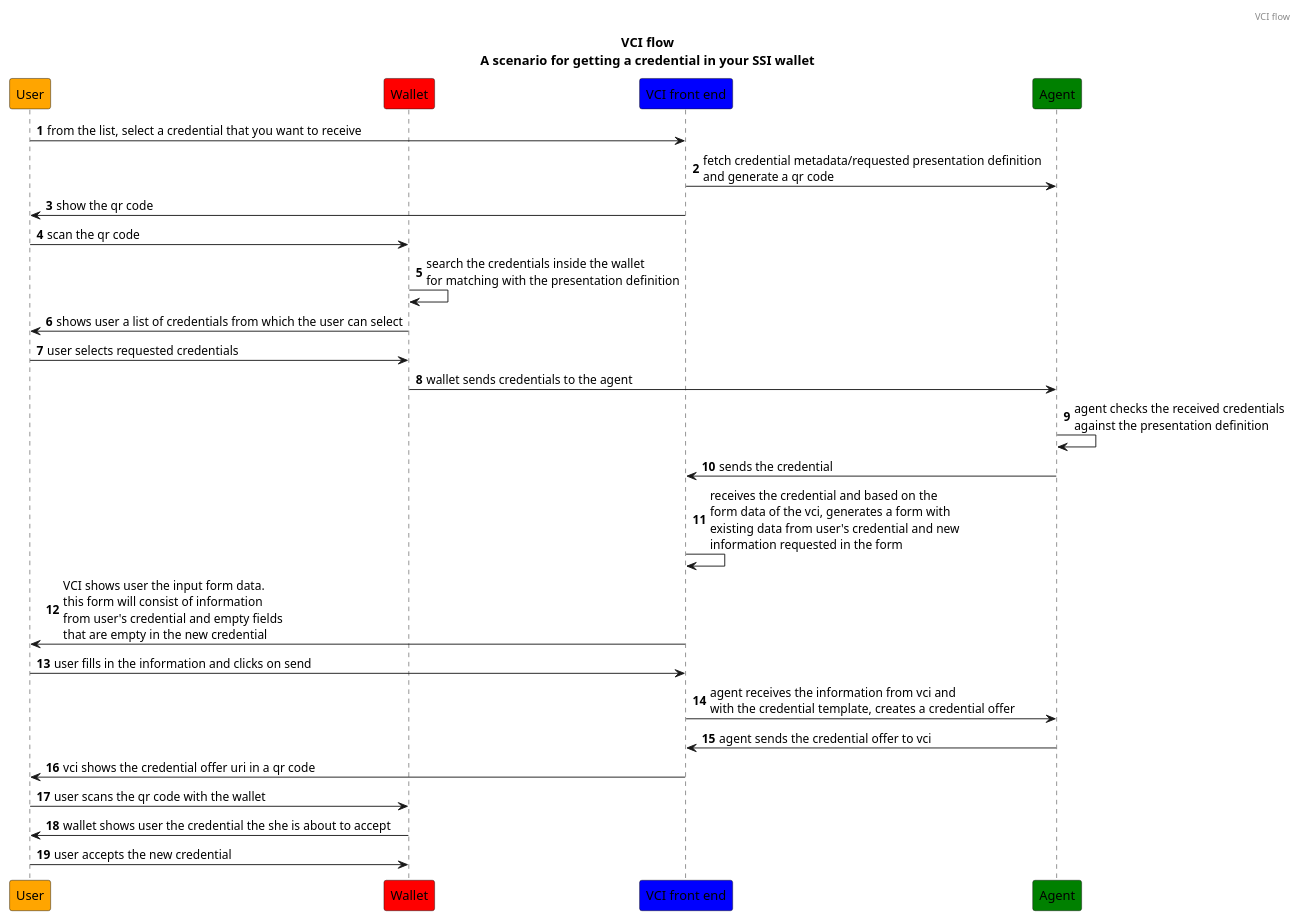
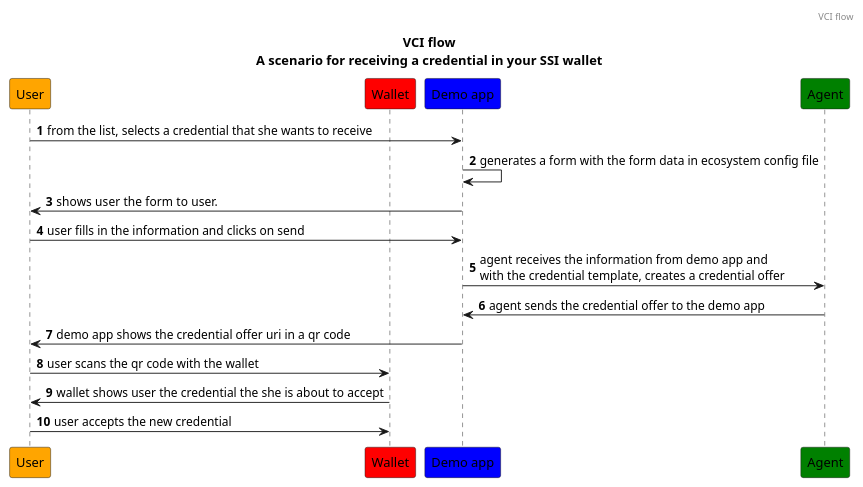
One commit to Sphereon-Opensource/OID4VC-demo changed the diagram in documents/vci-flow.puml. Above: the diagram before and after it, drawn with PlantUML. The commit also changed 5 other files, not shown here.

Commit message:
doc: merged overview with main readme, added a few description lines in the credential-branding and simplified the vci-flow to just vci and not oid4vp and changed the title of docs to previous version

```diff
--- a/documents/vci-flow.puml
+++ b/documents/vci-flow.puml
@@ -1,35 +1,26 @@
 @startuml
 
 header VCI flow
 title
 VCI flow
-A scenario for getting a credential in your SSI wallet
+A scenario for receiving a credential in your SSI wallet
 end title
 
 autonumber
 
 participant "User" as user order 0 #ORANGE
 participant "Wallet" as wallet order 1 #RED
-participant "VCI front end" as vci order 2 #BLUE
+participant "Demo app" as demo order 2 #BLUE
 participant "Agent" as agent order 3 #GREEN
 
-user -> vci: from the list, select a credential that you want to receive
-vci -> agent: fetch credential metadata/requested presentation definition\nand generate a qr code
-vci -> user: show the qr code
-user -> wallet: scan the qr code
-wallet -> wallet: search the credentials inside the wallet\nfor matching with the presentation definition
-wallet -> user: shows user a list of credentials from which the user can select
-user -> wallet: user selects requested credentials
-wallet -> agent: wallet sends credentials to the agent
-agent -> agent: agent checks the received credentials\nagainst the presentation definition
-agent -> vci: sends the credential
-vci -> vci: receives the credential and based on the\nform data of the vci, generates a form with\nexisting data from user's credential and new\ninformation requested in the form
-vci -> user: VCI shows user the input form data.\nthis form will consist of information\nfrom user's credential and empty fields\nthat are empty in the new credential
-user -> vci: user fills in the information and clicks on send
-vci -> agent: agent receives the information from vci and\nwith the credential template, creates a credential offer
-agent -> vci: agent sends the credential offer to vci
-vci -> user: vci shows the credential offer uri in a qr code
+user -> demo: from the list, selects a credential that she wants to receive
+demo -> demo: generates a form with the form data in ecosystem config file
+demo -> user: shows user the form to user.
+user -> demo: user fills in the information and clicks on send
+demo -> agent: agent receives the information from demo app and\nwith the credential template, creates a credential offer
+agent -> demo: agent sends the credential offer to the demo app
+demo -> user: demo app shows the credential offer uri in a qr code
 user -> wallet: user scans the qr code with the wallet
 wallet -> user: wallet shows user the credential the she is about to accept
 user -> wallet: user accepts the new credential
 @enduml
```
